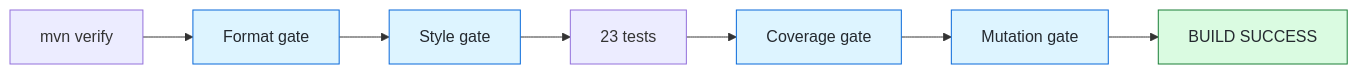
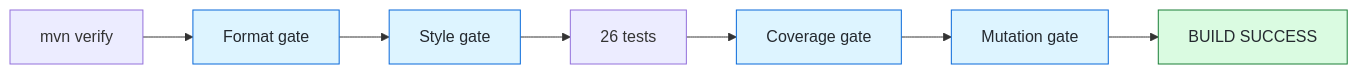
Before and after one commit to athanasius-amalitech/code-quality-b-tidewater-freight: the diagram in RATIONALE.md, drawn with Mermaid. The commit also changed other lines of this file and 1 other file, not shown here.

````diff
--- a/RATIONALE.md
+++ b/RATIONALE.md
@@ -100,6 +102,6 @@
 ```mermaid
 flowchart LR
-  A["mvn verify"] --> B["Format gate"]:::gate --> C["Style gate"]:::gate --> D["23 tests"] --> E["Coverage gate"]:::gate --> F["Mutation gate"]:::gate --> G["BUILD SUCCESS"]:::good
+  A["mvn verify"] --> B["Format gate"]:::gate --> C["Style gate"]:::gate --> D["26 tests"] --> E["Coverage gate"]:::gate --> F["Mutation gate"]:::gate --> G["BUILD SUCCESS"]:::good
   classDef gate fill:#ddf4ff,stroke:#0969da,color:#24292f
   classDef good fill:#dafbe1,stroke:#1a7f37,color:#24292f
 ```
````
